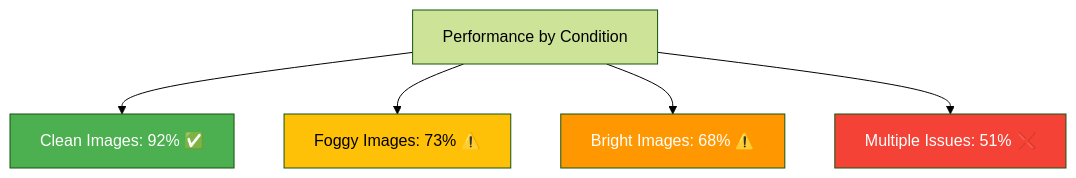
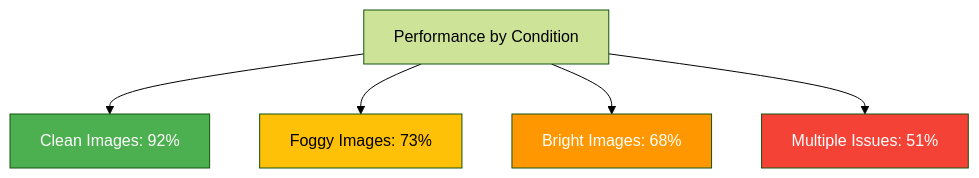
The ninth of 16 diagrams in docs/workflow_evaluation.md (SITES-spectral/phenocai), drawn with Mermaid (forest theme) before and after one commit. The commit also changed other lines of this file and 4 other files, not shown here.

````diff
--- a/docs/workflow_evaluation.md
+++ b/docs/workflow_evaluation.md
@@ -165,12 +165,12 @@
 ```mermaid
 graph TD
-    A[Performance by Condition] --> B[Clean Images: 92% ✅]
-    A --> C[Foggy Images: 73% ⚠️]
-    A --> D[Bright Images: 68% ⚠️]
-    A --> E[Multiple Issues: 51% ❌]
+    A[Performance by Condition] --> B[Clean Images: 92%]
+    A --> C[Foggy Images: 73%]
+    A --> D[Bright Images: 68%]
+    A --> E[Multiple Issues: 51%]
     
     style B fill:#4caf50,color:#fff
     style C fill:#ffc107
     style D fill:#ff9800,color:#fff
     style E fill:#f44336,color:#fff
 ```
````
